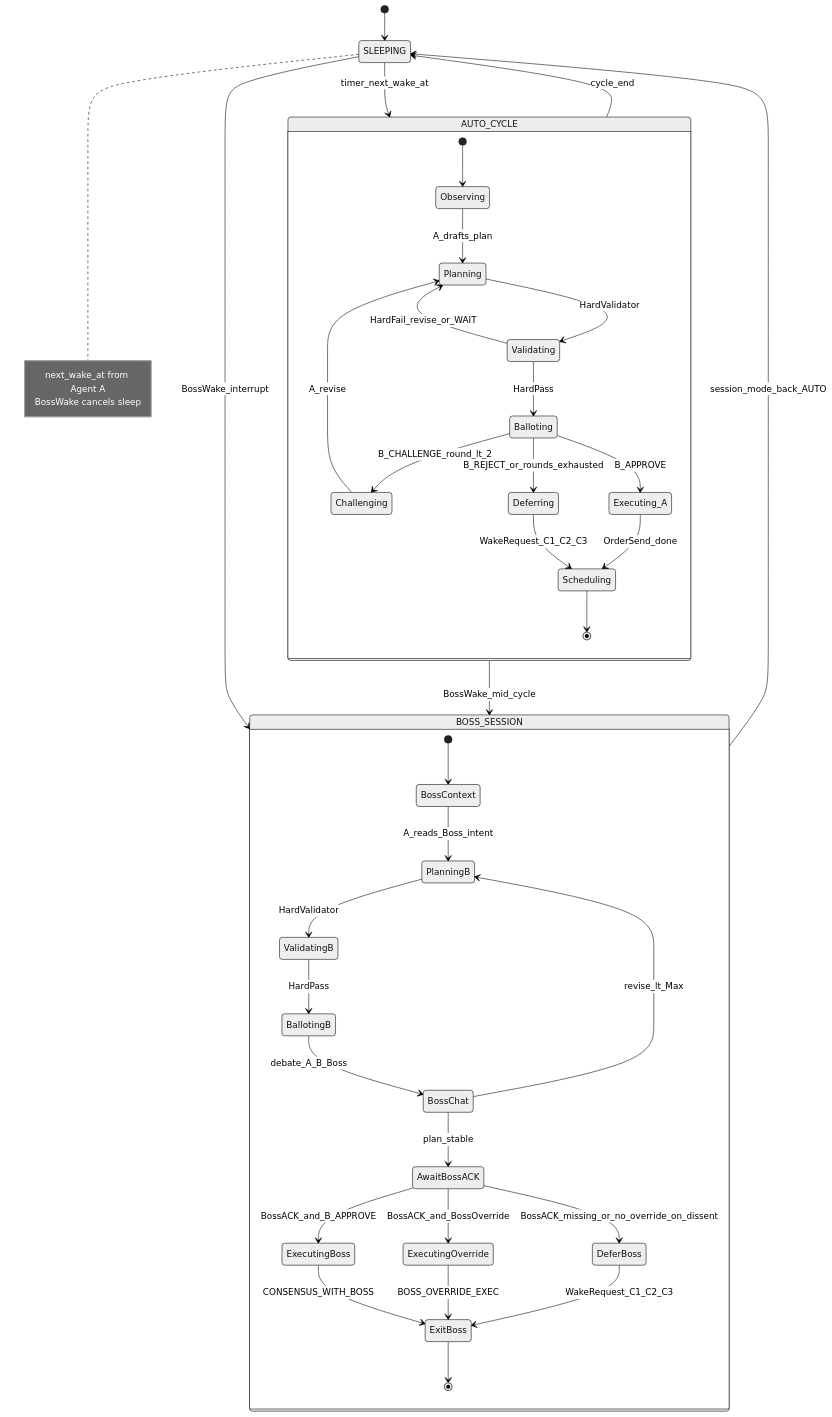
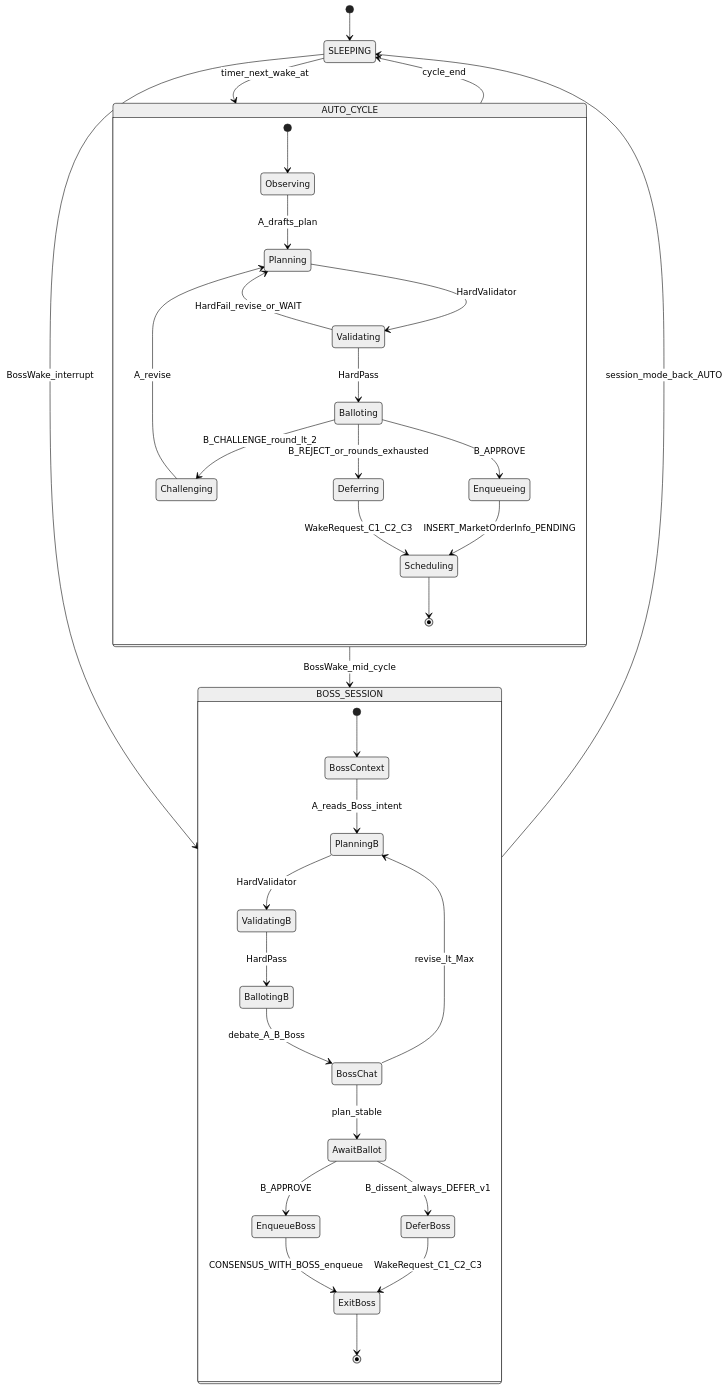
One commit to nguyenhongdat09/doctradingagent2agent changed the diagram in doc/doc_agents/diagrams/A02-consensus-state.mmd. Above: the diagram before and after it, drawn with Mermaid (neutral theme). The commit also changed 48 other files, not shown here.

```diff
--- a/doc/doc_agents/diagrams/A02-consensus-state.mmd
+++ b/doc/doc_agents/diagrams/A02-consensus-state.mmd
@@ -1,49 +1,42 @@
-%% A02 — Consensus / session state machine
+%% A02 — Consensus state (v1 no BossOverride)
 %% Spec: 03-consensus-protocol, 11-boss-interrupt-flow
 
 stateDiagram-v2
   [*] --> SLEEPING
 
   SLEEPING --> AUTO_CYCLE: timer_next_wake_at
   SLEEPING --> BOSS_SESSION: BossWake_interrupt
   AUTO_CYCLE --> BOSS_SESSION: BossWake_mid_cycle
 
   state AUTO_CYCLE {
     [*] --> Observing
     Observing --> Planning: A_drafts_plan
     Planning --> Validating: HardValidator
     Validating --> Planning: HardFail_revise_or_WAIT
     Validating --> Balloting: HardPass
     Balloting --> Challenging: B_CHALLENGE_round_lt_2
     Challenging --> Planning: A_revise
-    Balloting --> Executing_A: B_APPROVE
+    Balloting --> Enqueueing: B_APPROVE
     Balloting --> Deferring: B_REJECT_or_rounds_exhausted
-    Executing_A --> Scheduling: OrderSend_done
+    Enqueueing --> Scheduling: INSERT_MarketOrderInfo_PENDING
     Deferring --> Scheduling: WakeRequest_C1_C2_C3
     Scheduling --> [*]
   }
 
   state BOSS_SESSION {
     [*] --> BossContext
     BossContext --> PlanningB: A_reads_Boss_intent
     PlanningB --> ValidatingB: HardValidator
     ValidatingB --> BallotingB: HardPass
     BallotingB --> BossChat: debate_A_B_Boss
     BossChat --> PlanningB: revise_lt_Max
-    BossChat --> AwaitBossACK: plan_stable
-    AwaitBossACK --> ExecutingBoss: BossACK_and_B_APPROVE
-    AwaitBossACK --> ExecutingOverride: BossACK_and_BossOverride
-    AwaitBossACK --> DeferBoss: BossACK_missing_or_no_override_on_dissent
-    ExecutingBoss --> ExitBoss: CONSENSUS_WITH_BOSS
-    ExecutingOverride --> ExitBoss: BOSS_OVERRIDE_EXEC
+    BossChat --> AwaitBallot: plan_stable
+    AwaitBallot --> EnqueueBoss: B_APPROVE
+    AwaitBallot --> DeferBoss: B_dissent_always_DEFER_v1
+    EnqueueBoss --> ExitBoss: CONSENSUS_WITH_BOSS_enqueue
     DeferBoss --> ExitBoss: WakeRequest_C1_C2_C3
     ExitBoss --> [*]
   }
 
   AUTO_CYCLE --> SLEEPING: cycle_end
   BOSS_SESSION --> SLEEPING: session_mode_back_AUTO
-
-  note right of SLEEPING
-    next_wake_at from Agent A
-    BossWake cancels sleep
-  end note
```
